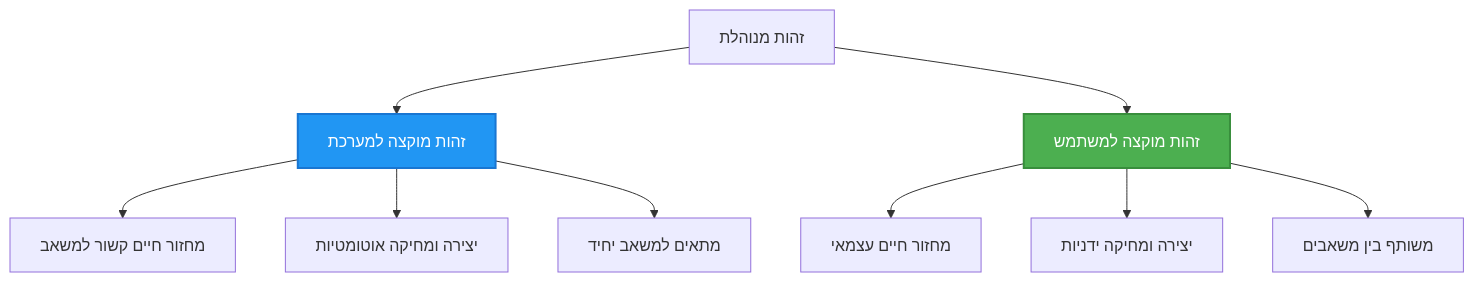
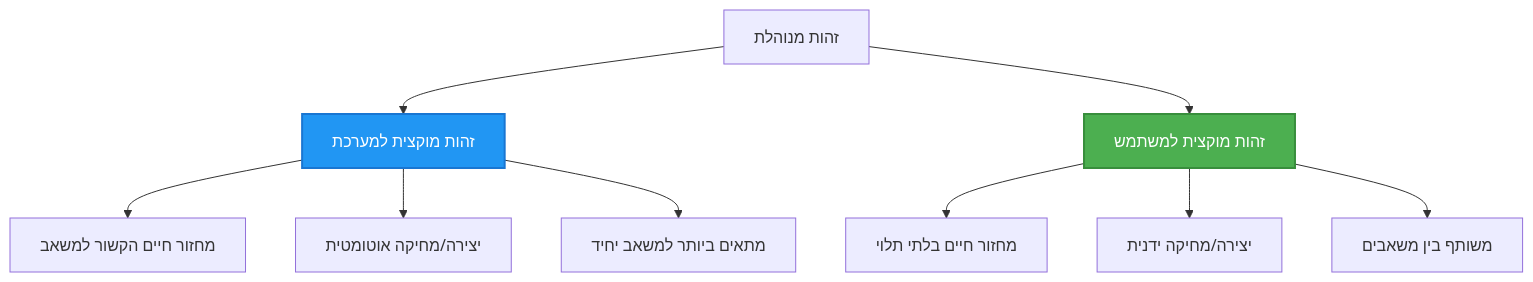
One commit to microsoft/AZD-for-beginners changed the second of 2 diagrams in translations/he/docs/chapter-03-configuration/authsecurity.md. Above: the diagram before and after it, drawn with Mermaid. The commit also changed other lines of this file and 101 other files, not shown here.

````diff
--- a/translations/he/docs/chapter-03-configuration/authsecurity.md
+++ b/translations/he/docs/chapter-03-configuration/authsecurity.md
@@ -97,20 +97,20 @@
 ```mermaid
 graph TB
     MI[זהות מנוהלת]
-    SystemAssigned[זהות מוקצה למערכת]
-    UserAssigned[זהות מוקצה למשתמש]
+    SystemAssigned[זהות מוקצית למערכת]
+    UserAssigned[זהות מוקצית למשתמש]
     
     MI --> SystemAssigned
     MI --> UserAssigned
     
-    SystemAssigned --> SA1[מחזור חיים קשור למשאב]
-    SystemAssigned --> SA2[יצירה ומחיקה אוטומטיות]
-    SystemAssigned --> SA3[מתאים למשאב יחיד]
+    SystemAssigned --> SA1[מחזור חיים הקשור למשאב]
+    SystemAssigned --> SA2[יצירה/מחיקה אוטומטית]
+    SystemAssigned --> SA3[מתאים ביותר למשאב יחיד]
     
-    UserAssigned --> UA1[מחזור חיים עצמאי]
-    UserAssigned --> UA2[יצירה ומחיקה ידניות]
+    UserAssigned --> UA1[מחזור חיים בלתי תלוי]
+    UserAssigned --> UA2[יצירה/מחיקה ידנית]
     UserAssigned --> UA3[משותף בין משאבים]
     
     style SystemAssigned fill:#2196F3,stroke:#1976D2,stroke-width:2px,color:#fff
     style UserAssigned fill:#4CAF50,stroke:#388E3C,stroke-width:2px,color:#fff
 ```
````
